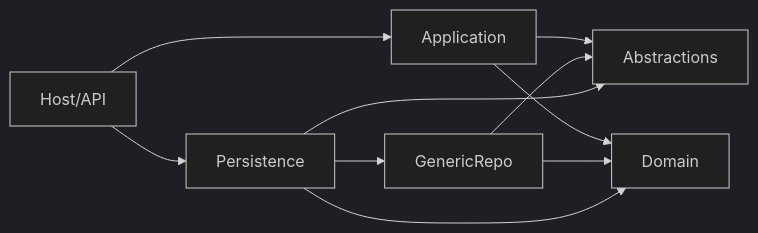
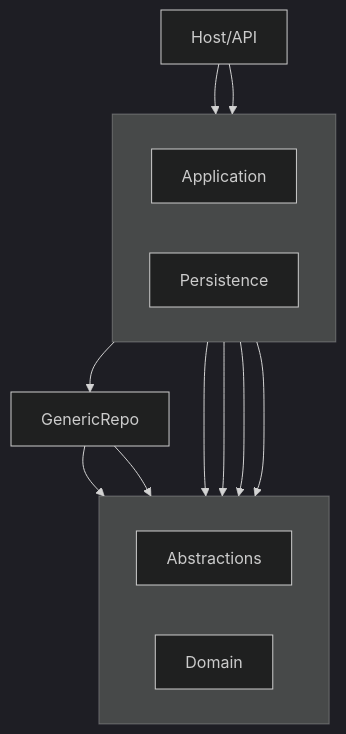
The first of 2 diagrams in docs/ARCHITECTURE_GUIDE.md (IbrahimSaada/Backend.Foundation.Template), drawn with Mermaid (dark theme) before and after one commit. The commit also changed 1 other file, not shown here.

Commit message:
added readme file

````diff
--- a/docs/ARCHITECTURE_GUIDE.md
+++ b/docs/ARCHITECTURE_GUIDE.md
@@ -29,12 +29,31 @@
 ```mermaid
-flowchart LR
-    Host["Host/API"] --> Application
+flowchart TB
+    Host["Host/API"]
+
+    subgraph Layer2[" "]
+        direction LR
+        Application["Application"]
+        Persistence["Persistence"]
+    end
+
+    GenericRepo["GenericRepo"]
+
+    subgraph Core[" "]
+        direction LR
+        Abstractions["Abstractions"]
+        Domain["Domain"]
+    end
+
+    Host --> Application
     Host --> Persistence
+
     Application --> Abstractions
     Application --> Domain
+
+    Persistence --> GenericRepo
+    Persistence --> Abstractions
+    Persistence --> Domain
+
     GenericRepo --> Abstractions
     GenericRepo --> Domain
-    Persistence --> GenericRepo
-    Persistence --> Domain
-    Persistence --> Abstractions
 ```
````
